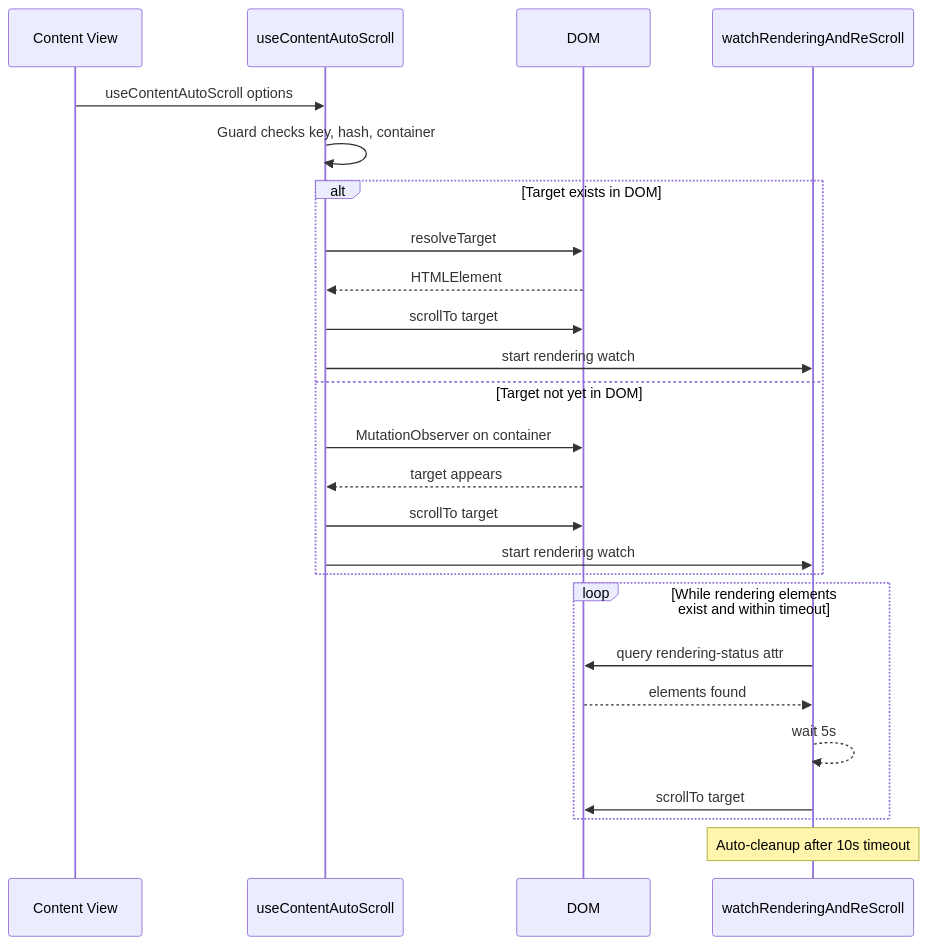
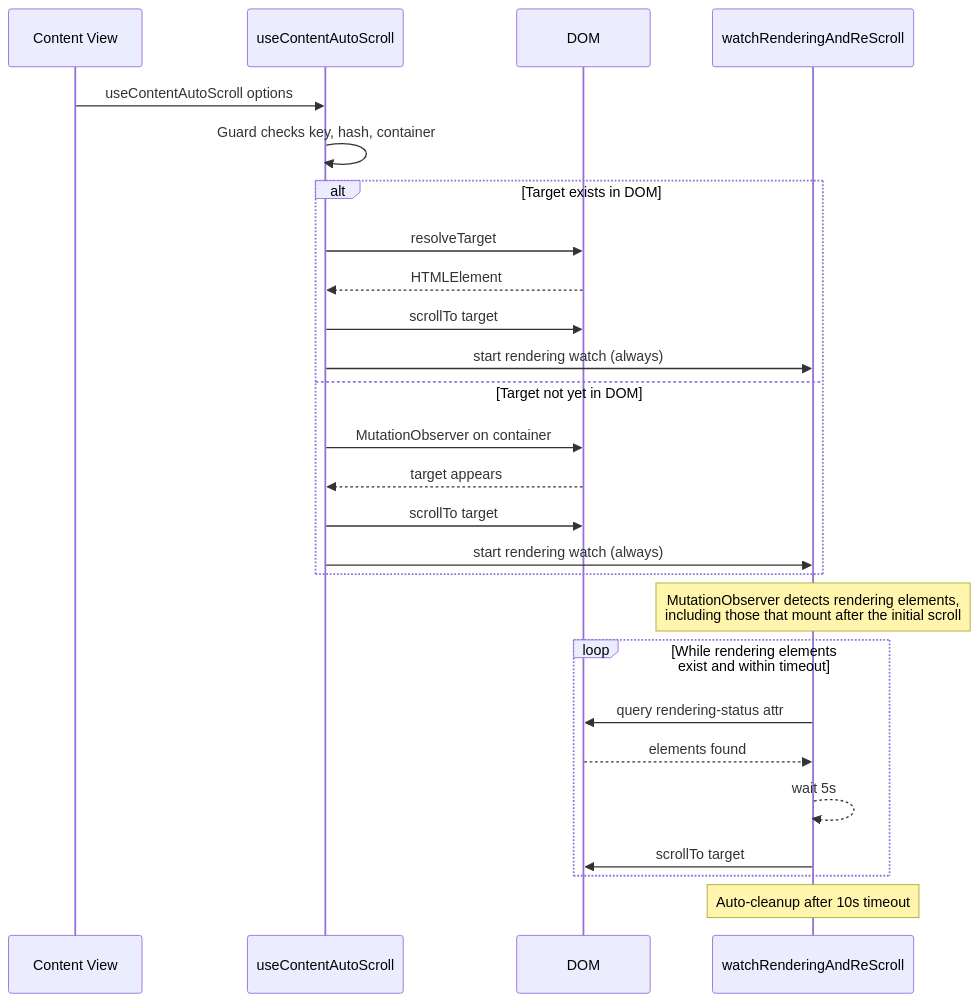
One commit to growilabs/growi changed the second of 2 diagrams in .kiro/specs/auto-scroll/design.md. Above: the diagram before and after it, drawn with Mermaid. The commit also changed other lines of this file and 2 other files, not shown here.

Commit message:
fix: enhance auto-scroll logic to always start rendering watch for late-mounting async renderers

````diff
--- a/.kiro/specs/auto-scroll/design.md
+++ b/.kiro/specs/auto-scroll/design.md
@@ -90,31 +91,33 @@
 ```mermaid
 sequenceDiagram
     participant Caller as Content View
     participant Hook as useContentAutoScroll
     participant DOM as DOM
     participant Watch as watchRenderingAndReScroll
 
     Caller->>Hook: useContentAutoScroll options
     Hook->>Hook: Guard checks key, hash, container
 
     alt Target exists in DOM
         Hook->>DOM: resolveTarget
         DOM-->>Hook: HTMLElement
         Hook->>DOM: scrollTo target
-        Hook->>Watch: start rendering watch
+        Hook->>Watch: start rendering watch (always)
     else Target not yet in DOM
         Hook->>DOM: MutationObserver on container
         DOM-->>Hook: target appears
         Hook->>DOM: scrollTo target
-        Hook->>Watch: start rendering watch
+        Hook->>Watch: start rendering watch (always)
     end
+
+    Note over Watch: MutationObserver detects rendering elements,<br/>including those that mount after the initial scroll
 
     loop While rendering elements exist and within timeout
         Watch->>DOM: query rendering-status attr
         DOM-->>Watch: elements found
         Watch-->>Watch: wait 5s
         Watch->>DOM: scrollTo target
     end
 
     Note over Watch: Auto-cleanup after 10s timeout
 ```
````
